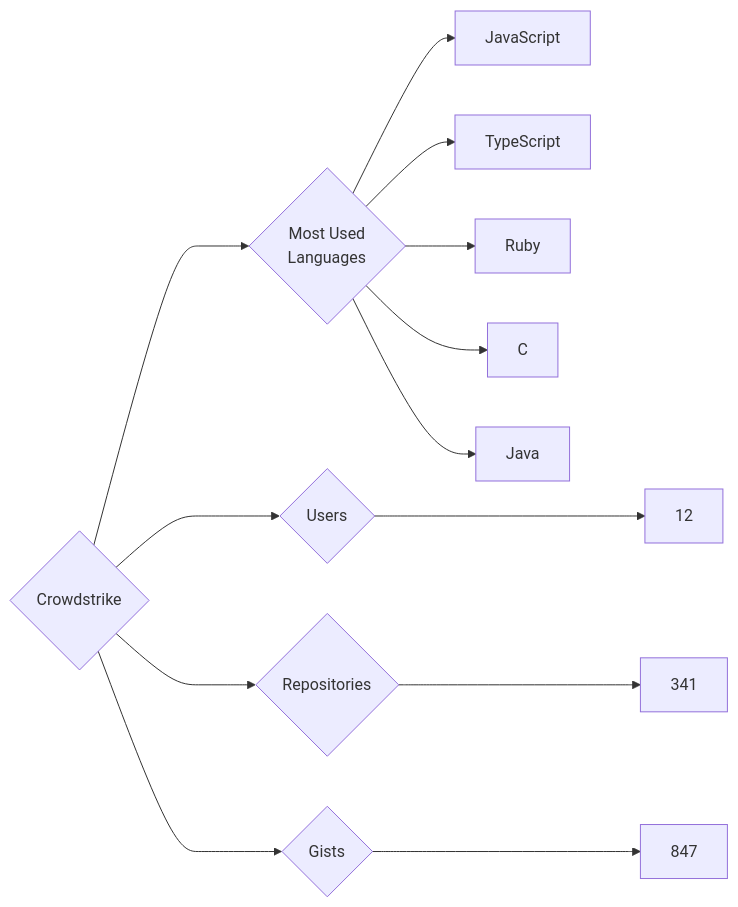
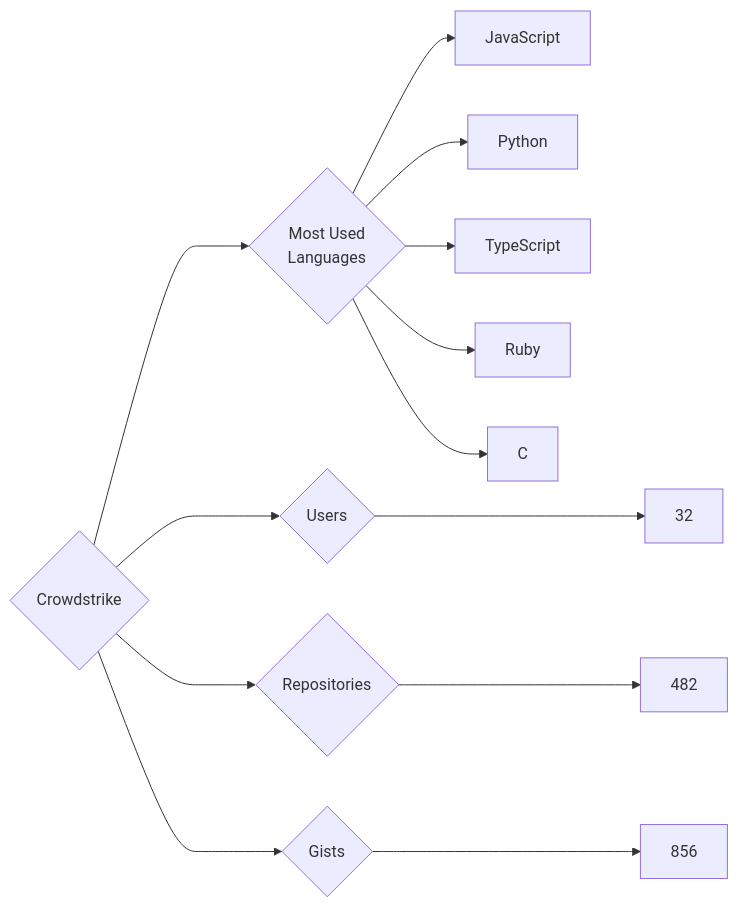
Before and after one commit to trickest/insiders: the diagram in targets/Crowdstrike/README.md, drawn with Mermaid. The commit also changed 837 other files, not shown here.

````diff
--- a/targets/Crowdstrike/README.md
+++ b/targets/Crowdstrike/README.md
@@ -3,13 +3,13 @@
 ```mermaid
 graph LR
 COMPANY_NAME{Crowdstrike}
-COMPANY_NAME ---> U{Users} ---> UN[12]
-COMPANY_NAME ---> R{Repositories} ---> RN[341]
-COMPANY_NAME ---> G{Gists} ---> GN[847]
+COMPANY_NAME ---> U{Users} ---> UN[32]
+COMPANY_NAME ---> R{Repositories} ---> RN[482]
+COMPANY_NAME ---> G{Gists} ---> GN[856]
 COMPANY_NAME ---> ML{Most Used<br>Languages}
 ML --> JavaScript[JavaScript]
+ML --> Python[Python]
 ML --> TypeScript[TypeScript]
 ML --> Ruby[Ruby]
 ML --> C[C]
-ML --> Java[Java]
 ```
````
